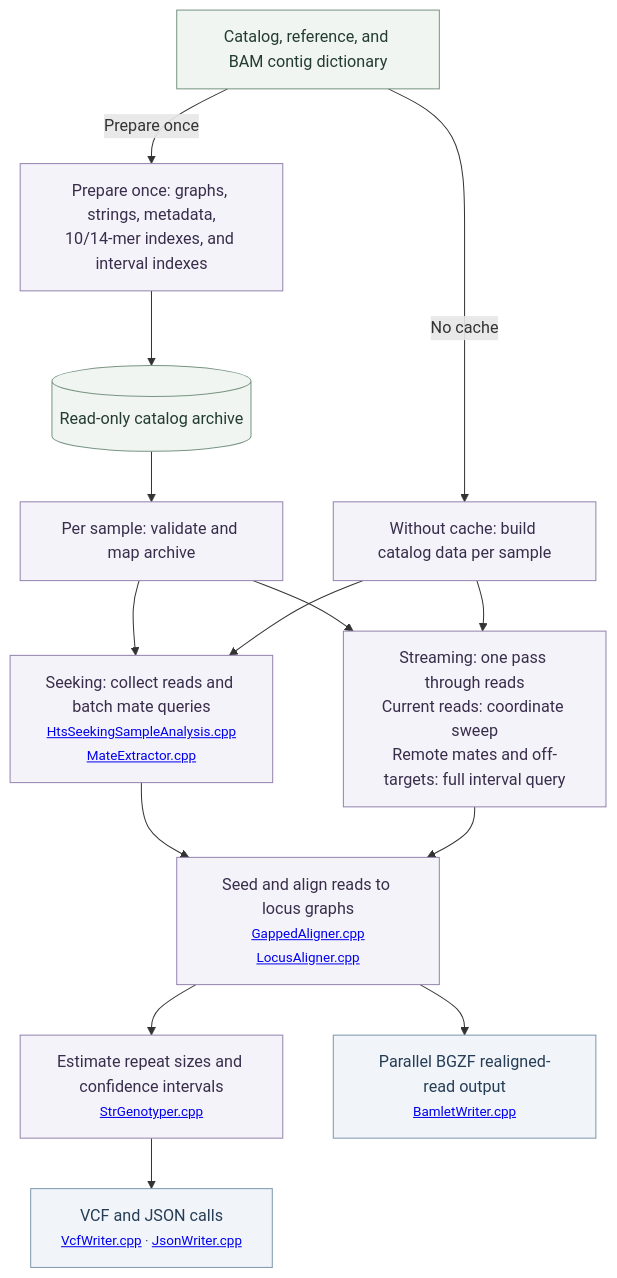
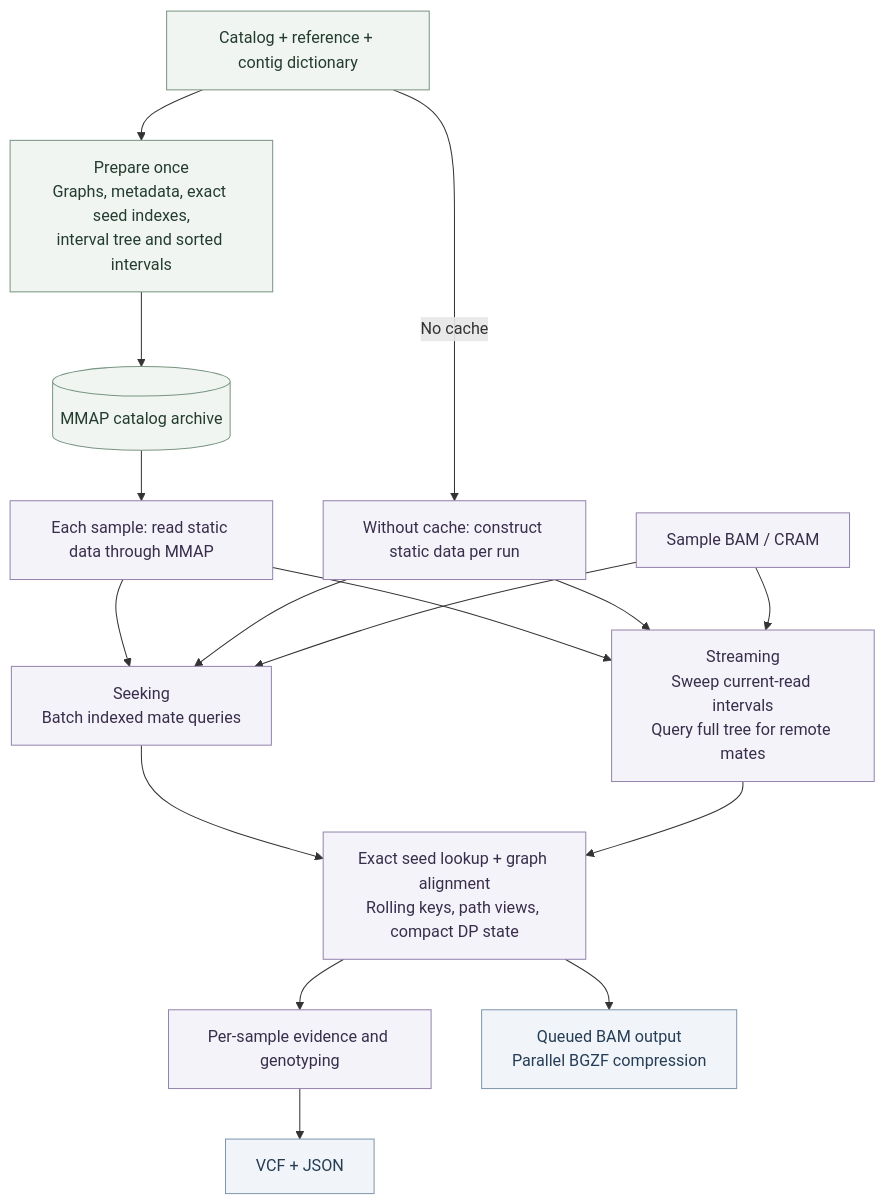
One commit to BioCode-Commons/NuExpansionHunter changed the diagram in README.md. Above: the diagram before and after it, drawn with Mermaid. The commit also changed other lines of this file, not shown here.

Commit message:
docs: focus implementation on mmap and algorithm design

````diff
--- a/README.md
+++ b/README.md
@@ -231,32 +239,33 @@
 ```mermaid
 flowchart TB
-    INPUT["Catalog, reference, and BAM contig dictionary"]
-    PREP["Prepare once: graphs, strings, metadata,<br/>10/14-mer indexes, and interval indexes"]
-    CACHE[("Read-only catalog archive")]
-    MAP["Per sample: validate and map archive"]
-    BUILD["Without cache: build catalog data per sample"]
-    SEEK["Seeking: collect reads and batch mate queries<br/><small><a href='https://github.com/BioCode-Commons/NuExpansionHunter/blob/zk_refactor/ehunter/sample/HtsSeekingSampleAnalysis.cpp'>HtsSeekingSampleAnalysis.cpp</a><br/><a href='https://github.com/BioCode-Commons/NuExpansionHunter/blob/zk_refactor/ehunter/sample/MateExtractor.cpp'>MateExtractor.cpp</a></small>"]
-    STREAM["Streaming: one pass through reads<br/>Current reads: coordinate sweep<br/>Remote mates and off-targets: full interval query"]
-    ALIGN["Seed and align reads to locus graphs<br/><small><a href='https://github.com/BioCode-Commons/NuExpansionHunter/blob/zk_refactor/ehunter/thirdparty/graph-tools-master-f421f4c/src/graphalign/GappedAligner.cpp'>GappedAligner.cpp</a><br/><a href='https://github.com/BioCode-Commons/NuExpansionHunter/blob/zk_refactor/ehunter/locus/LocusAligner.cpp'>LocusAligner.cpp</a></small>"]
-    GT["Estimate repeat sizes and confidence intervals<br/><small><a href='https://github.com/BioCode-Commons/NuExpansionHunter/blob/zk_refactor/ehunter/genotyping/StrGenotyper.cpp'>StrGenotyper.cpp</a></small>"]
-    CALLS["VCF and JSON calls<br/><small><a href='https://github.com/BioCode-Commons/NuExpansionHunter/blob/zk_refactor/ehunter/io/VcfWriter.cpp'>VcfWriter.cpp</a> · <a href='https://github.com/BioCode-Commons/NuExpansionHunter/blob/zk_refactor/ehunter/io/JsonWriter.cpp'>JsonWriter.cpp</a></small>"]
-    BAM["Parallel BGZF realigned-read output<br/><small><a href='https://github.com/BioCode-Commons/NuExpansionHunter/blob/zk_refactor/ehunter/io/BamletWriter.cpp'>BamletWriter.cpp</a></small>"]
-    INPUT -->|"Prepare once"| PREP
-    PREP --> CACHE --> MAP
+    INPUT["Catalog + reference + contig dictionary"]
+    PREP["Prepare once<br/>Graphs, metadata, exact seed indexes,<br/>interval tree and sorted intervals"]
+    CACHE[("MMAP catalog archive")]
+    MAP["Each sample: read static data through MMAP"]
+    BUILD["Without cache: construct static data per run"]
+    READS["Sample BAM / CRAM"]
+    SEEK["Seeking<br/>Batch indexed mate queries"]
+    STREAM["Streaming<br/>Sweep current-read intervals<br/>Query full tree for remote mates"]
+    ALIGN["Exact seed lookup + graph alignment<br/>Rolling keys, path views, compact DP state"]
+    EVIDENCE["Per-sample evidence and genotyping"]
+    CALLS["VCF + JSON"]
+    BAM["Queued BAM output<br/>Parallel BGZF compression"]
+    INPUT --> PREP --> CACHE --> MAP
     INPUT -->|"No cache"| BUILD
     MAP --> SEEK
     MAP --> STREAM
     BUILD --> SEEK
     BUILD --> STREAM
+    READS --> SEEK
+    READS --> STREAM
     SEEK --> ALIGN
     STREAM --> ALIGN
-    ALIGN --> GT --> CALLS
+    ALIGN --> EVIDENCE --> CALLS
     ALIGN --> BAM
-
-    classDef input fill:#f0f5f1,stroke:#789482,color:#243c30
-    classDef stage fill:#f5f3fa,stroke:#9383ad,color:#382e4b
+    classDef reusable fill:#f0f5f1,stroke:#789482,color:#243c30
+    classDef sample fill:#f5f3fa,stroke:#9383ad,color:#382e4b
     classDef output fill:#f1f5fa,stroke:#7f96ae,color:#263d55
-    class INPUT,CACHE input
-    class PREP,MAP,BUILD,SEEK,STREAM,ALIGN,GT stage
+    class INPUT,PREP,CACHE reusable
+    class MAP,BUILD,READS,SEEK,STREAM,ALIGN,EVIDENCE sample
     class CALLS,BAM output
 ```
````
